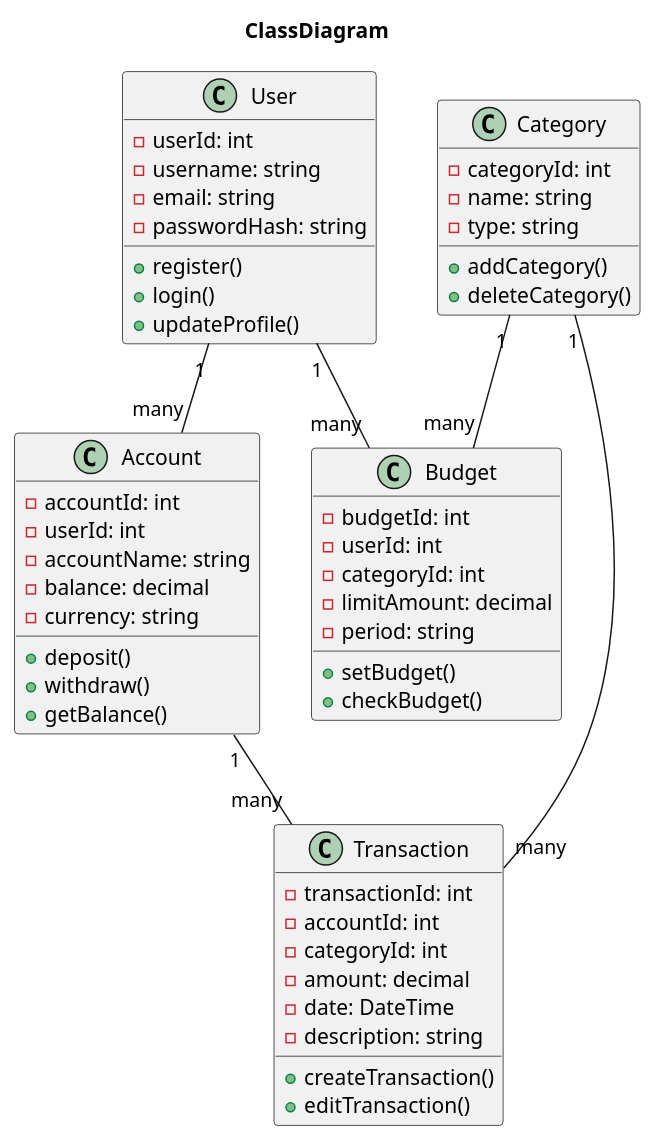
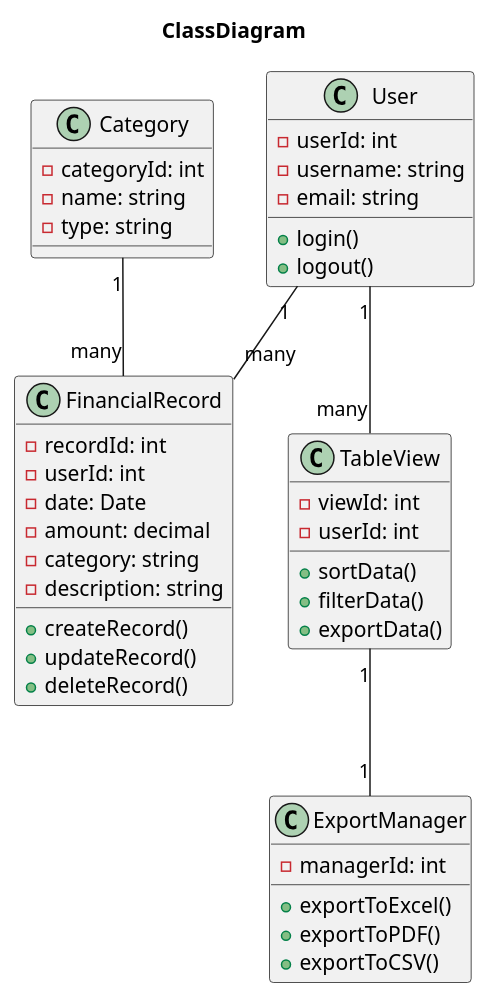
One commit to lain1r/332-21-fofanov changed the diagram in мдк 04 02 проект 10/ClassDiagram.puml. Above: the diagram before and after it, drawn with PlantUML. The commit also changed 6 other files, not shown here.

```diff
--- a/мдк 04 02 проект 10/ClassDiagram.puml
+++ b/мдк 04 02 проект 10/ClassDiagram.puml
@@ -1,60 +1,49 @@
 @startuml
 title ClassDiagram
 
 class User {
   - userId: int
   - username: string
   - email: string
-  - passwordHash: string
-  + register()
   + login()
-  + updateProfile()
+  + logout()
 }
 
-class Account {
-  - accountId: int
+class FinancialRecord {
+  - recordId: int
   - userId: int
-  - accountName: string
-  - balance: decimal
-  - currency: string
-  + deposit()
-  + withdraw()
-  + getBalance()
-}
-
-class Transaction {
-  - transactionId: int
-  - accountId: int
-  - categoryId: int
+  - date: Date
   - amount: decimal
-  - date: DateTime
+  - category: string
   - description: string
-  + createTransaction()
-  + editTransaction()
+  + createRecord()
+  + updateRecord()
+  + deleteRecord()
 }
 
 class Category {
   - categoryId: int
   - name: string
   - type: string
-  + addCategory()
-  + deleteCategory()
 }
 
-class Budget {
-  - budgetId: int
+class TableView {
+  - viewId: int
   - userId: int
-  - categoryId: int
-  - limitAmount: decimal
-  - period: string
-  + setBudget()
-  + checkBudget()
+  + sortData()
+  + filterData()
+  + exportData()
 }
 
-' Relationships
-User "1" -- "many" Account
-User "1" -- "many" Budget
-Account "1" -- "many" Transaction
-Category "1" -- "many" Transaction
-Category "1" -- "many" Budget
+class ExportManager {
+  - managerId: int
+  + exportToExcel()
+  + exportToPDF()
+  + exportToCSV()
+}
+
+User "1" -- "many" FinancialRecord
+User "1" -- "many" TableView
+Category "1" -- "many" FinancialRecord
+TableView "1" -- "1" ExportManager
 @enduml
```
